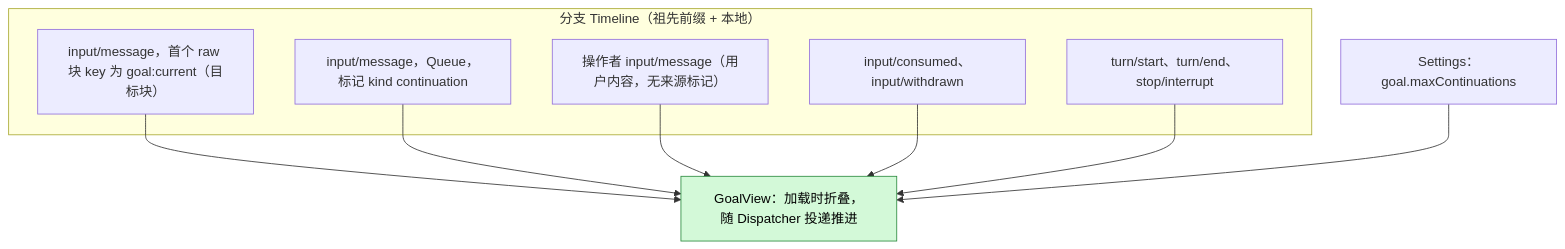
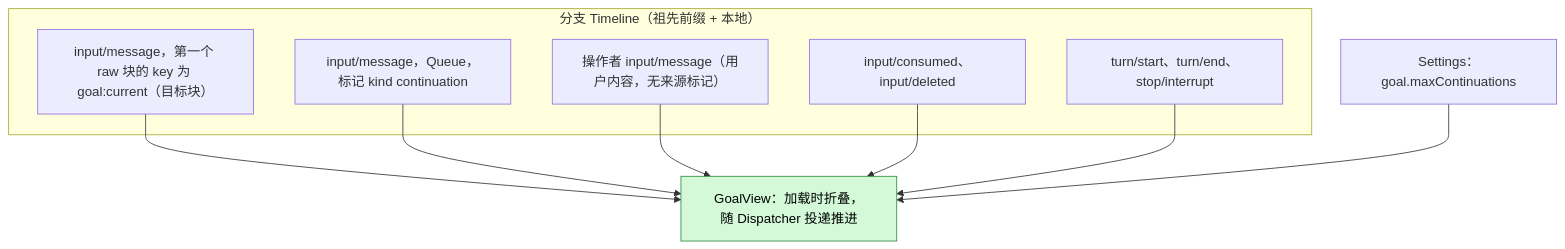
Before and after one commit to CoutinhoTTS/dim-agent: the second of 6 diagrams in docs/zh/design/plugins/Goal.md, drawn with Mermaid. The commit also changed other lines of this file and 18 other files, not shown here.

````diff
--- a/docs/zh/design/plugins/Goal.md
+++ b/docs/zh/design/plugins/Goal.md
@@ -47,19 +47,19 @@
 ```mermaid
 flowchart TB
   subgraph TLB["分支 Timeline（祖先前缀 + 本地）"]
-    GBK["input/message，首个 raw 块 key 为 goal:current（目标块）"]
+    GBK["input/message，第一个 raw 块的 key 为 goal:current（目标块）"]
     CI["input/message，Queue，标记 kind continuation"]
     OI["操作者 input/message（用户内容，无来源标记）"]
-    IC["input/consumed、input/withdrawn"]
+    IC["input/consumed、input/deleted"]
     TE["turn/start、turn/end、stop/interrupt"]
   end
   CFG["Settings：goal.maxContinuations"]
   VIEW["GoalView：加载时折叠，随 Dispatcher 投递推进"]:::new
   GBK --> VIEW
   CI --> VIEW
   OI --> VIEW
   IC --> VIEW
   TE --> VIEW
   CFG --> VIEW
   classDef new fill:#d3f9d8,stroke:#2b8a3e,color:#000
 ```
````
